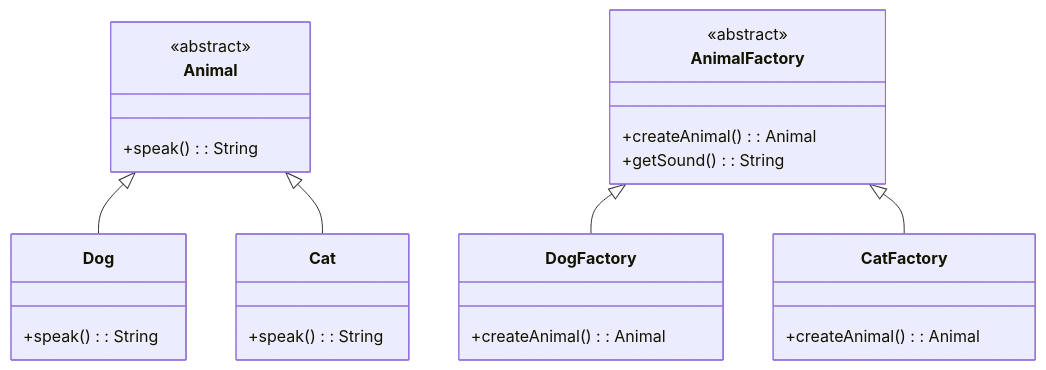
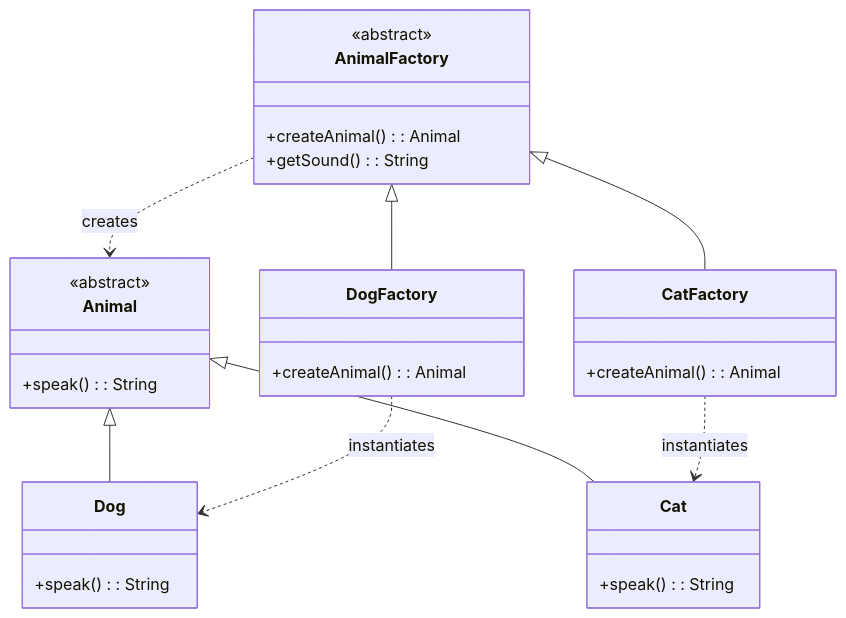
Before and after one commit to welldesignedsystem/welldesignedsystem.github.io: the second of 23 diagrams in content/english/blog/system_design/core_design_patterns.md, drawn with Mermaid. The commit also changed other lines of this file and 1 other file, not shown here.

````diff
--- a/content/english/blog/system_design/core_design_patterns.md
+++ b/content/english/blog/system_design/core_design_patterns.md
@@ -129,28 +129,31 @@
 ```mermaid
 classDiagram
     class Animal {
         <<abstract>>
         +speak(): String
     }
     class Dog {
         +speak(): String
     }
     class Cat {
         +speak(): String
     }
     class AnimalFactory {
         <<abstract>>
         +createAnimal(): Animal
         +getSound(): String
     }
     class DogFactory {
         +createAnimal(): Animal
     }
     class CatFactory {
         +createAnimal(): Animal
     }
     AnimalFactory <|-- DogFactory
     AnimalFactory <|-- CatFactory
     Animal <|-- Dog
     Animal <|-- Cat
+    AnimalFactory ..> Animal : creates
+    DogFactory ..> Dog : instantiates
+    CatFactory ..> Cat : instantiates
 ```
````
